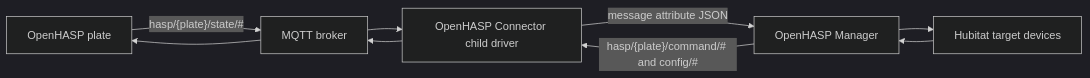
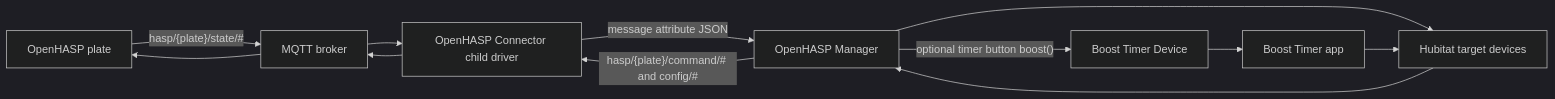
One commit to NichUK/Hubitat-OpenHASP changed the diagram in docs/developer.md. Above: the diagram before and after it, drawn with Mermaid (dark theme). The commit also changed other lines of this file and 8 other files, not shown here.

Commit message:
Add optional reusable boost timer package

````diff
--- a/docs/developer.md
+++ b/docs/developer.md
@@ -7,11 +7,14 @@
 ```mermaid
 flowchart LR
     OpenHASP["OpenHASP plate"] -->|"hasp/{plate}/state/#"| Broker["MQTT broker"]
     Broker --> Connector["OpenHASP Connector child driver"]
     Connector -->|"message attribute JSON"| Manager["OpenHASP Manager"]
     Manager --> Targets["Hubitat target devices"]
+    Manager -->|"optional timer button boost()"| Boost["Boost Timer Device"]
+    Boost --> TimerApp["Boost Timer app"]
+    TimerApp --> Targets
     Targets --> Manager
     Manager -->|"hasp/{plate}/command/# and config/#"| Connector
     Connector --> Broker
     Broker --> OpenHASP
 ```
````
